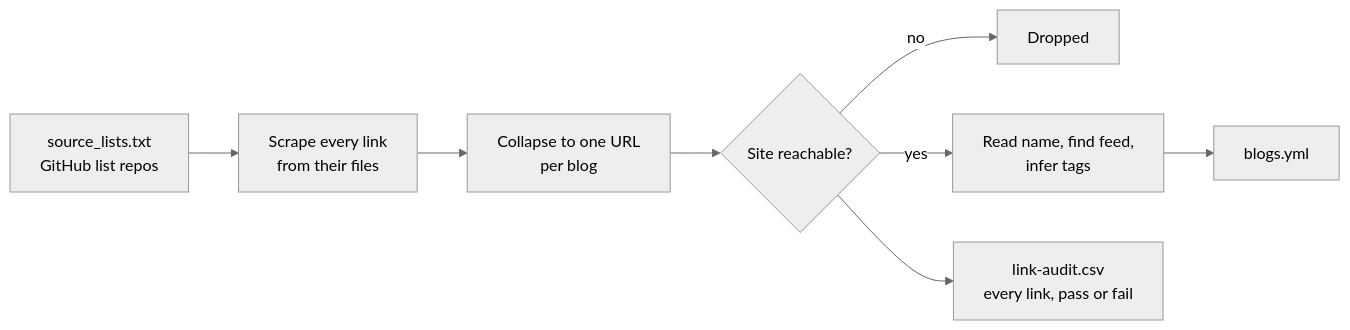
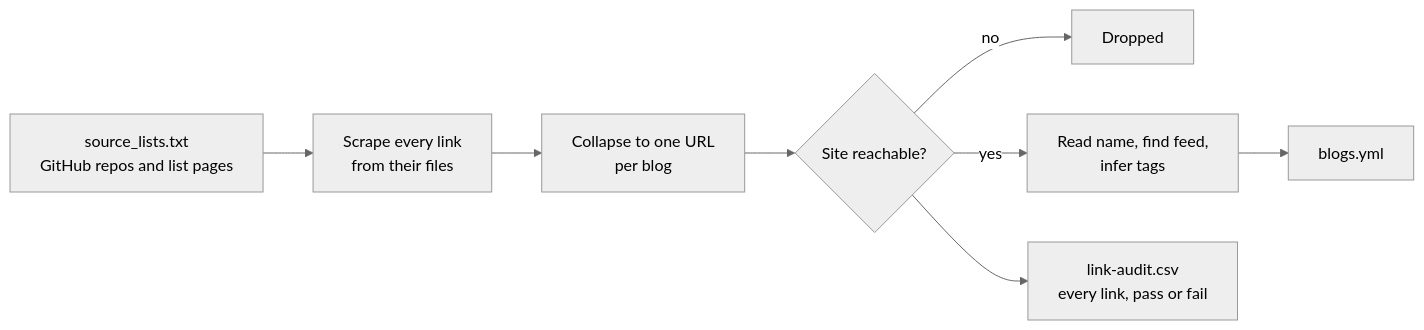
Before and after one commit to GitPaulo/blogme: the second of 3 diagrams in sources/README.md, drawn with Mermaid (neutral theme). The commit also changed other lines of this file and 8 other files, not shown here.

Commit message:
feat: source extractor reads list pages and the hn blogs opml

````diff
--- a/sources/README.md
+++ b/sources/README.md
@@ -71,10 +71,10 @@
 ```mermaid
 flowchart LR
-    A[source_lists.txt<br/>GitHub list repos] --> B[Scrape every link<br/>from their files]
+    A[source_lists.txt<br/>GitHub repos and list pages] --> B[Scrape every link<br/>from their files]
     B --> C[Collapse to one URL<br/>per blog]
     C --> D{Site reachable?}
     D -->|no| X[Dropped]
     D -->|yes| E[Read name, find feed,<br/>infer tags]
     E --> F[blogs.yml]
     D --> G[link-audit.csv<br/>every link, pass or fail]
 ```
````
